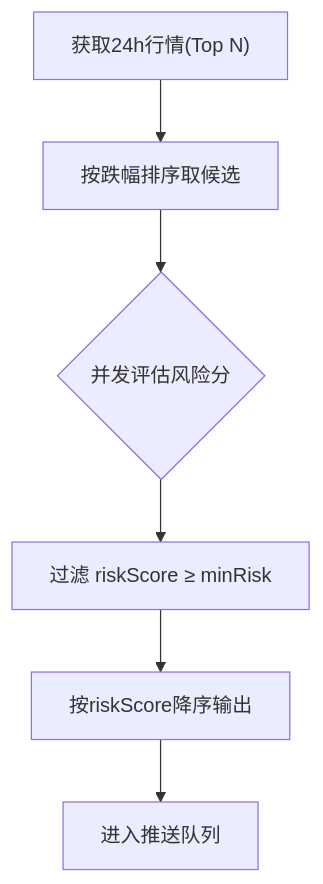
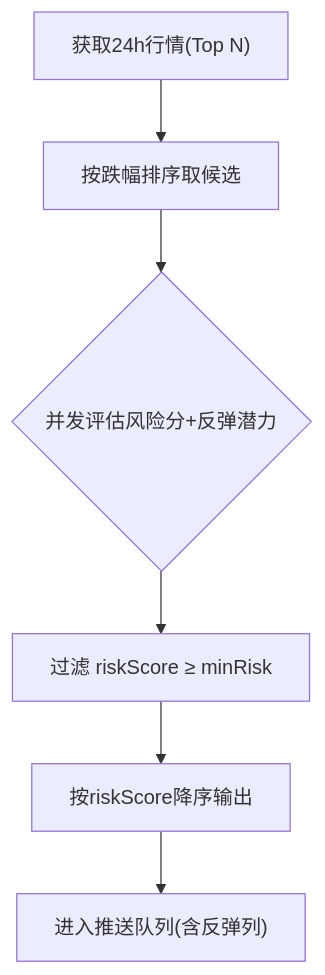
The fifth of 9 diagrams in .qoder/repowiki/zh/content/核心功能模块/暴跌风险预警.md (kekexilinan/BinaceSmart), drawn with Mermaid before and after one commit. The commit also changed other lines of this file and 59 other files, not shown here.

````diff
--- a/.qoder/repowiki/zh/content/核心功能模块/暴跌风险预警.md
+++ b/.qoder/repowiki/zh/content/核心功能模块/暴跌风险预警.md
@@ -221,8 +293,8 @@
 ```mermaid
 flowchart TD
 A["获取24h行情(Top N)"] --> B["按跌幅排序取候选"]
-B --> C{"并发评估风险分"}
+B --> C{"并发评估风险分+反弹潜力"}
 C --> D["过滤 riskScore ≥ minRisk"]
 D --> E["按riskScore降序输出"]
-E --> F["进入推送队列"]
+E --> F["进入推送队列(含反弹列)"]
 ```
````
